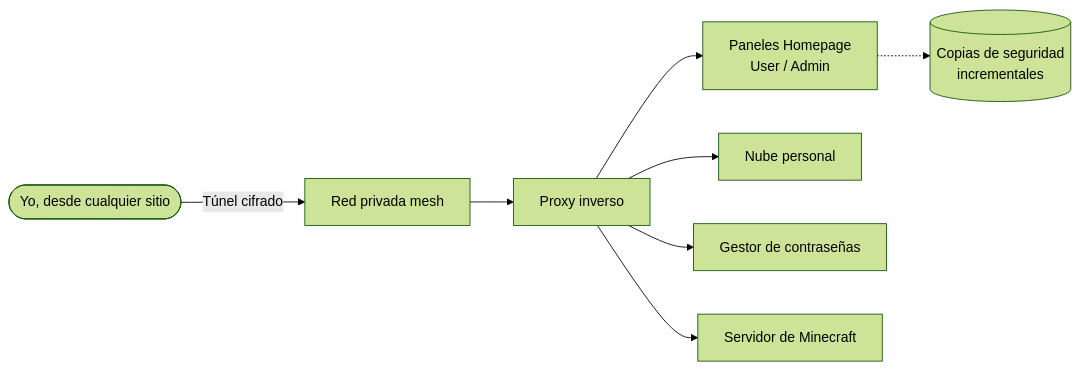
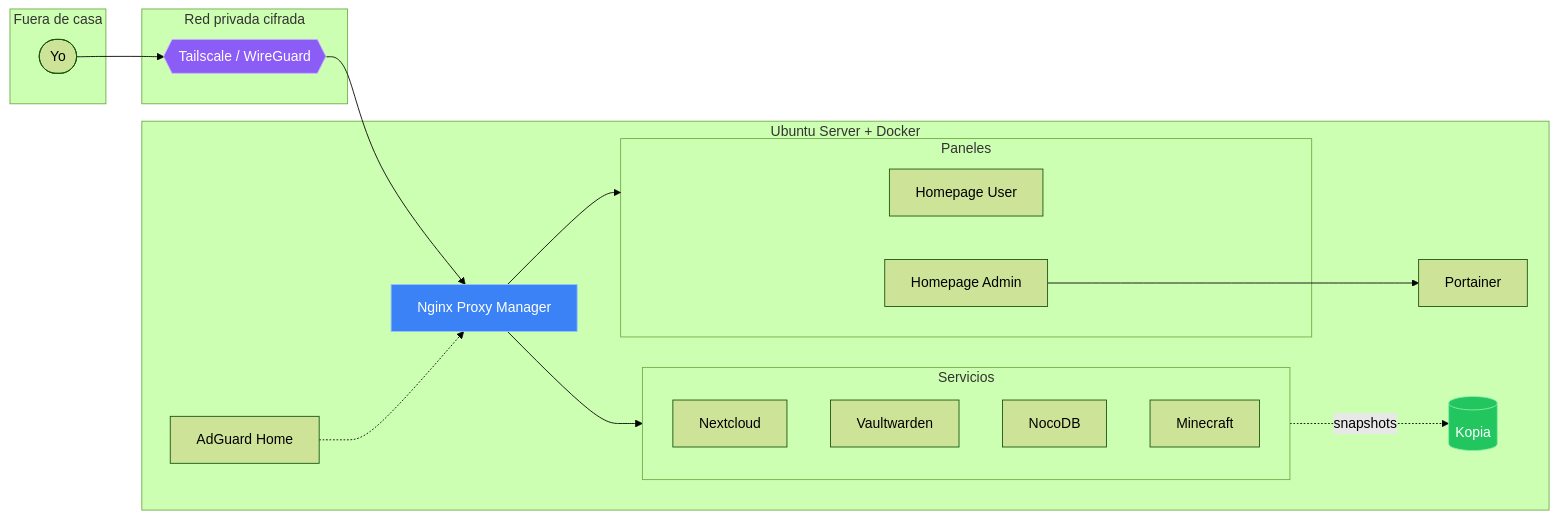
Before and after one commit to kiravsl2018/kiravsl2018: the first of 3 diagrams in README.md, drawn with Mermaid (forest theme). The commit also changed other lines of this file and 3 other files, not shown here.

````diff
--- a/README.md
+++ b/README.md
@@ -82,10 +83,35 @@
 ```mermaid
 flowchart LR
-    A([Yo, desde cualquier sitio]) -->|Túnel cifrado| B[Red privada mesh]
-    B --> C[Proxy inverso]
-    C --> D[Paneles Homepage<br/>User / Admin]
-    C --> E[Nube personal]
-    C --> F[Gestor de contraseñas]
-    C --> G[Servidor de Minecraft]
-    D -.-> H[(Copias de seguridad<br/>incrementales)]
+    subgraph EXT[Fuera de casa]
+        ME([Yo])
+    end
+    subgraph NET[Red privada cifrada]
+        TS{{Tailscale / WireGuard}}
+    end
+    subgraph SRV[Ubuntu Server + Docker]
+        DNS[AdGuard Home]
+        NPM[Nginx Proxy Manager]
+        subgraph UI[Paneles]
+            HU[Homepage User]
+            HA[Homepage Admin]
+        end
+        subgraph APPS[Servicios]
+            NC[Nextcloud]
+            VW[Vaultwarden]
+            NO[NocoDB]
+            MC[Minecraft]
+        end
+        PT[Portainer]
+        KO[(Kopia)]
+    end
+    ME --> TS --> NPM
+    DNS -.-> NPM
+    NPM --> UI
+    NPM --> APPS
+    HA --> PT
+    APPS -.->|snapshots| KO
+
+    style TS fill:#8b5cf6,stroke:#c4b5fd,color:#fff
+    style NPM fill:#3b82f6,stroke:#93c5fd,color:#fff
+    style KO fill:#22c55e,stroke:#86efac,color:#fff
 ```
````
